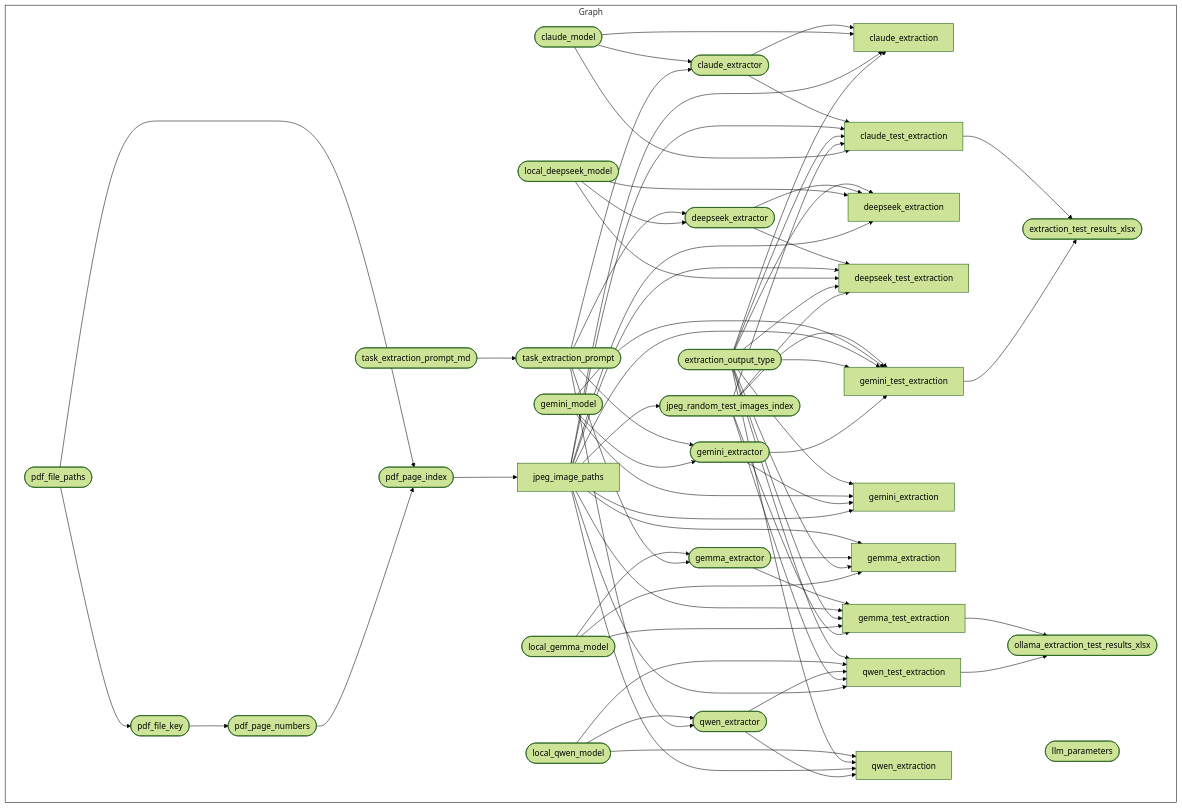
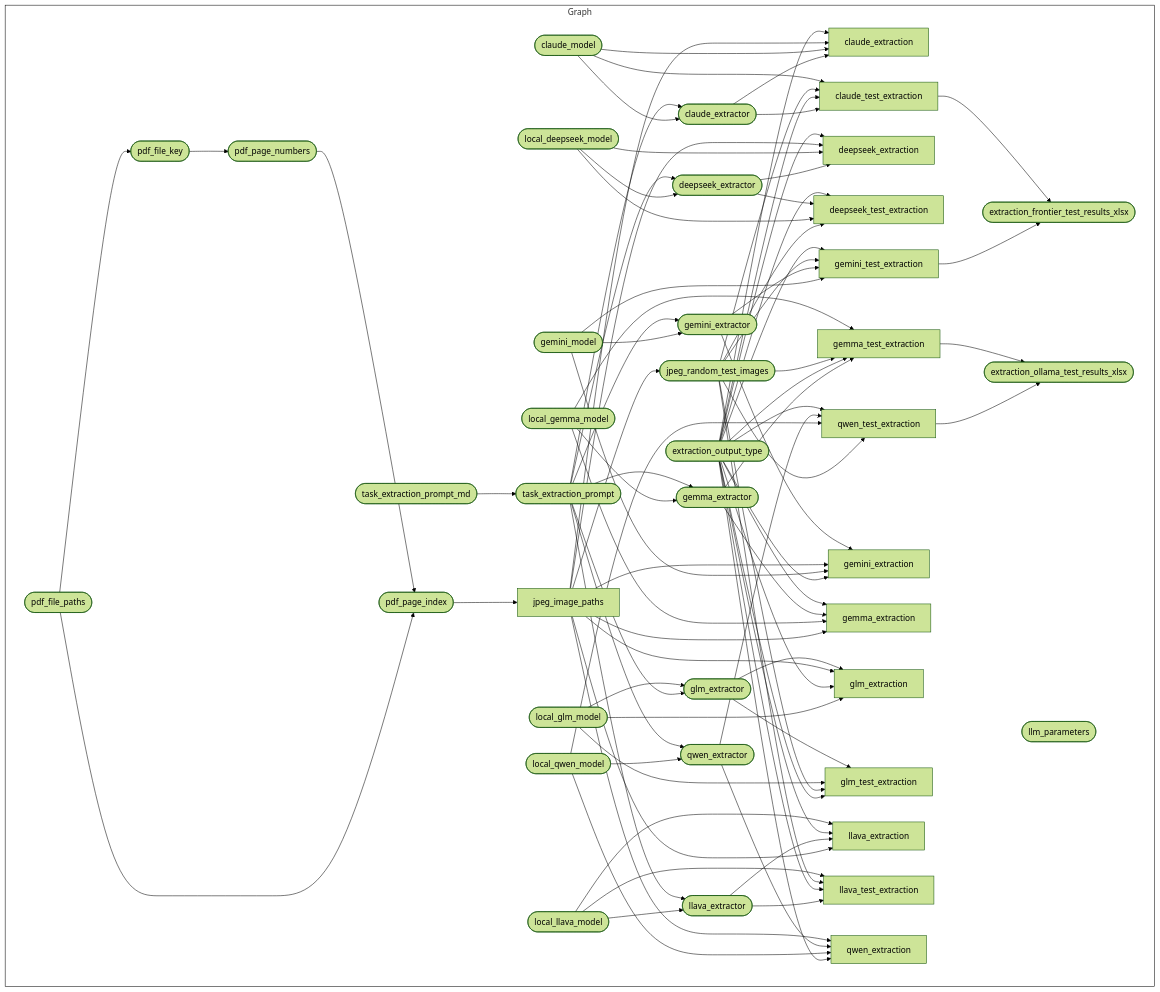
The diagram in README.md (OxfordIHTM/sc-mortality-data), drawn with Mermaid (forest theme) before and after one commit. The commit also changed 2 other files, not shown here.

Commit message:
add glm and llava models

```diff
--- a/README.md
+++ b/README.md
@@ -226,65 +226,80 @@
     x487a49d42720222c(["extraction_output_type"]):::skipped --> xbf558aaf2fd08c0e["claude_extraction"]:::queued
     x39d4d013227f0dc3(["claude_model"]):::skipped --> x35a7fe2b14fea884(["claude_extractor"]):::skipped
     xb325834072af39dd(["task_extraction_prompt"]):::skipped --> x35a7fe2b14fea884(["claude_extractor"]):::skipped
-    x35a7fe2b14fea884(["claude_extractor"]):::skipped --> x81a0ed3eae4cab62["claude_test_extraction"]:::skipped
-    x356f375d5695a155["jpeg_image_paths"]:::skipped --> x81a0ed3eae4cab62["claude_test_extraction"]:::skipped
-    x487a49d42720222c(["extraction_output_type"]):::skipped --> x81a0ed3eae4cab62["claude_test_extraction"]:::skipped
-    x5dd88689b0601faa(["jpeg_random_test_images_index"]):::queued --> x81a0ed3eae4cab62["claude_test_extraction"]:::skipped
-    x39d4d013227f0dc3(["claude_model"]):::skipped --> x81a0ed3eae4cab62["claude_test_extraction"]:::skipped
-    x487a49d42720222c(["extraction_output_type"]):::skipped --> xb9f66fc85a4f1ea1["deepseek_extraction"]:::queued
+    x35a7fe2b14fea884(["claude_extractor"]):::skipped --> x81a0ed3eae4cab62["claude_test_extraction"]:::completed
+    x487a49d42720222c(["extraction_output_type"]):::skipped --> x81a0ed3eae4cab62["claude_test_extraction"]:::completed
+    xd89fbb4a2ff13c8f(["jpeg_random_test_images"]):::completed --> x81a0ed3eae4cab62["claude_test_extraction"]:::completed
+    x39d4d013227f0dc3(["claude_model"]):::skipped --> x81a0ed3eae4cab62["claude_test_extraction"]:::completed
     xf407d53739ed0632(["deepseek_extractor"]):::queued --> xb9f66fc85a4f1ea1["deepseek_extraction"]:::queued
     xb957a37aad5b67c5(["local_deepseek_model"]):::queued --> xb9f66fc85a4f1ea1["deepseek_extraction"]:::queued
     x356f375d5695a155["jpeg_image_paths"]:::skipped --> xb9f66fc85a4f1ea1["deepseek_extraction"]:::queued
+    x487a49d42720222c(["extraction_output_type"]):::skipped --> xb9f66fc85a4f1ea1["deepseek_extraction"]:::queued
+    xb957a37aad5b67c5(["local_deepseek_model"]):::queued --> xf407d53739ed0632(["deepseek_extractor"]):::queued
     xb325834072af39dd(["task_extraction_prompt"]):::skipped --> xf407d53739ed0632(["deepseek_extractor"]):::queued
-    xb957a37aad5b67c5(["local_deepseek_model"]):::queued --> xf407d53739ed0632(["deepseek_extractor"]):::queued
+    xd89fbb4a2ff13c8f(["jpeg_random_test_images"]):::completed --> xe59d676cc895fc8f["deepseek_test_extraction"]:::queued
+    xb957a37aad5b67c5(["local_deepseek_model"]):::queued --> xe59d676cc895fc8f["deepseek_test_extraction"]:::queued
     xf407d53739ed0632(["deepseek_extractor"]):::queued --> xe59d676cc895fc8f["deepseek_test_extraction"]:::queued
-    x356f375d5695a155["jpeg_image_paths"]:::skipped --> xe59d676cc895fc8f["deepseek_test_extraction"]:::queued
-    xb957a37aad5b67c5(["local_deepseek_model"]):::queued --> xe59d676cc895fc8f["deepseek_test_extraction"]:::queued
     x487a49d42720222c(["extraction_output_type"]):::skipped --> xe59d676cc895fc8f["deepseek_test_extraction"]:::queued
-    x5dd88689b0601faa(["jpeg_random_test_images_index"]):::queued --> xe59d676cc895fc8f["deepseek_test_extraction"]:::queued
-    x81a0ed3eae4cab62["claude_test_extraction"]:::skipped --> x589437b8e31a1199(["extraction_test_results_xlsx"]):::completed
-    x0e93587b522df940["gemini_test_extraction"]:::skipped --> x589437b8e31a1199(["extraction_test_results_xlsx"]):::completed
+    x0e93587b522df940["gemini_test_extraction"]:::completed --> x561ce6c854132243(["extraction_frontier_test_results_xlsx"]):::completed
+    x81a0ed3eae4cab62["claude_test_extraction"]:::completed --> x561ce6c854132243(["extraction_frontier_test_results_xlsx"]):::completed
+    xd726feef05e5de04["qwen_test_extraction"]:::queued --> x62ea01978af452ed(["extraction_ollama_test_results_xlsx"]):::queued
+    x883eafa12b623704["gemma_test_extraction"]:::queued --> x62ea01978af452ed(["extraction_ollama_test_results_xlsx"]):::queued
     x487a49d42720222c(["extraction_output_type"]):::skipped --> xd63226de7dd05e61["gemini_extraction"]:::queued
     x672b0658cd7f304b(["gemini_model"]):::skipped --> xd63226de7dd05e61["gemini_extraction"]:::queued
+    x356f375d5695a155["jpeg_image_paths"]:::skipped --> xd63226de7dd05e61["gemini_extraction"]:::queued
     x8cb7c7e0b9710ea2(["gemini_extractor"]):::skipped --> xd63226de7dd05e61["gemini_extraction"]:::queued
-    x356f375d5695a155["jpeg_image_paths"]:::skipped --> xd63226de7dd05e61["gemini_extraction"]:::queued
+    x672b0658cd7f304b(["gemini_model"]):::skipped --> x8cb7c7e0b9710ea2(["gemini_extractor"]):::skipped
     xb325834072af39dd(["task_extraction_prompt"]):::skipped --> x8cb7c7e0b9710ea2(["gemini_extractor"]):::skipped
-    x672b0658cd7f304b(["gemini_model"]):::skipped --> x8cb7c7e0b9710ea2(["gemini_extractor"]):::skipped
-    x5dd88689b0601faa(["jpeg_random_test_images_index"]):::queued --> x0e93587b522df940["gemini_test_extraction"]:::skipped
-    x672b0658cd7f304b(["gemini_model"]):::skipped --> x0e93587b522df940["gemini_test_extraction"]:::skipped
-    x356f375d5695a155["jpeg_image_paths"]:::skipped --> x0e93587b522df940["gemini_test_extraction"]:::skipped
-    x487a49d42720222c(["extraction_output_type"]):::skipped --> x0e93587b522df940["gemini_test_extraction"]:::skipped
-    x8cb7c7e0b9710ea2(["gemini_extractor"]):::skipped --> x0e93587b522df940["gemini_test_extraction"]:::skipped
+    x672b0658cd7f304b(["gemini_model"]):::skipped --> x0e93587b522df940["gemini_test_extraction"]:::completed
+    x8cb7c7e0b9710ea2(["gemini_extractor"]):::skipped --> x0e93587b522df940["gemini_test_extraction"]:::completed
+    xd89fbb4a2ff13c8f(["jpeg_random_test_images"]):::completed --> x0e93587b522df940["gemini_test_extraction"]:::completed
+    x487a49d42720222c(["extraction_output_type"]):::skipped --> x0e93587b522df940["gemini_test_extraction"]:::completed
     x356f375d5695a155["jpeg_image_paths"]:::skipped --> x2f31c96882d08d36["gemma_extraction"]:::queued
+    xba597cd142706396(["local_gemma_model"]):::queued --> x2f31c96882d08d36["gemma_extraction"]:::queued
     xbdacf1efe57d11ba(["gemma_extractor"]):::queued --> x2f31c96882d08d36["gemma_extraction"]:::queued
     x487a49d42720222c(["extraction_output_type"]):::skipped --> x2f31c96882d08d36["gemma_extraction"]:::queued
-    xba597cd142706396(["local_gemma_model"]):::queued --> x2f31c96882d08d36["gemma_extraction"]:::queued
     xba597cd142706396(["local_gemma_model"]):::queued --> xbdacf1efe57d11ba(["gemma_extractor"]):::queued
     xb325834072af39dd(["task_extraction_prompt"]):::skipped --> xbdacf1efe57d11ba(["gemma_extractor"]):::queued
     xbdacf1efe57d11ba(["gemma_extractor"]):::queued --> x883eafa12b623704["gemma_test_extraction"]:::queued
-    x356f375d5695a155["jpeg_image_paths"]:::skipped --> x883eafa12b623704["gemma_test_extraction"]:::queued
     x487a49d42720222c(["extraction_output_type"]):::skipped --> x883eafa12b623704["gemma_test_extraction"]:::queued
+    xd89fbb4a2ff13c8f(["jpeg_random_test_images"]):::completed --> x883eafa12b623704["gemma_test_extraction"]:::queued
     xba597cd142706396(["local_gemma_model"]):::queued --> x883eafa12b623704["gemma_test_extraction"]:::queued
-    x5dd88689b0601faa(["jpeg_random_test_images_index"]):::queued --> x883eafa12b623704["gemma_test_extraction"]:::queued
+    x4d89d139c5b326de(["local_glm_model"]):::queued --> x16d463649734b662["glm_extraction"]:::queued
+    x487a49d42720222c(["extraction_output_type"]):::skipped --> x16d463649734b662["glm_extraction"]:::queued
+    x356f375d5695a155["jpeg_image_paths"]:::skipped --> x16d463649734b662["glm_extraction"]:::queued
+    x86c1ea9adbe526ba(["glm_extractor"]):::queued --> x16d463649734b662["glm_extraction"]:::queued
+    xb325834072af39dd(["task_extraction_prompt"]):::skipped --> x86c1ea9adbe526ba(["glm_extractor"]):::queued
+    x4d89d139c5b326de(["local_glm_model"]):::queued --> x86c1ea9adbe526ba(["glm_extractor"]):::queued
+    x487a49d42720222c(["extraction_output_type"]):::skipped --> x18f94be61c65c2fd["glm_test_extraction"]:::queued
+    xd89fbb4a2ff13c8f(["jpeg_random_test_images"]):::completed --> x18f94be61c65c2fd["glm_test_extraction"]:::queued
+    x4d89d139c5b326de(["local_glm_model"]):::queued --> x18f94be61c65c2fd["glm_test_extraction"]:::queued
+    x86c1ea9adbe526ba(["glm_extractor"]):::queued --> x18f94be61c65c2fd["glm_test_extraction"]:::queued
     xe30d250b58d472b9(["pdf_page_index"]):::skipped --> x356f375d5695a155["jpeg_image_paths"]:::skipped
-    x356f375d5695a155["jpeg_image_paths"]:::skipped --> x5dd88689b0601faa(["jpeg_random_test_images_index"]):::queued
-    x883eafa12b623704["gemma_test_extraction"]:::queued --> xef540feb84851536(["ollama_extraction_test_results_xlsx"]):::queued
-    xd726feef05e5de04["qwen_test_extraction"]:::queued --> xef540feb84851536(["ollama_extraction_test_results_xlsx"]):::queued
+    x356f375d5695a155["jpeg_image_paths"]:::skipped --> xd89fbb4a2ff13c8f(["jpeg_random_test_images"]):::completed
+    x356f375d5695a155["jpeg_image_paths"]:::skipped --> x7d2a167978f3a966["llava_extraction"]:::queued
+    x0de051b4924b82bb(["llava_extractor"]):::queued --> x7d2a167978f3a966["llava_extraction"]:::queued
+    x487a49d42720222c(["extraction_output_type"]):::skipped --> x7d2a167978f3a966["llava_extraction"]:::queued
+    x0621d4c5bb5ff06b(["local_llava_model"]):::queued --> x7d2a167978f3a966["llava_extraction"]:::queued
+    x0621d4c5bb5ff06b(["local_llava_model"]):::queued --> x0de051b4924b82bb(["llava_extractor"]):::queued
+    xb325834072af39dd(["task_extraction_prompt"]):::skipped --> x0de051b4924b82bb(["llava_extractor"]):::queued
+    x0de051b4924b82bb(["llava_extractor"]):::queued --> x9b13583cb72b43c0["llava_test_extraction"]:::queued
+    x487a49d42720222c(["extraction_output_type"]):::skipped --> x9b13583cb72b43c0["llava_test_extraction"]:::queued
+    xd89fbb4a2ff13c8f(["jpeg_random_test_images"]):::completed --> x9b13583cb72b43c0["llava_test_extraction"]:::queued
+    x0621d4c5bb5ff06b(["local_llava_model"]):::queued --> x9b13583cb72b43c0["llava_test_extraction"]:::queued
     x93a61fdd58bab193(["pdf_file_paths"]):::skipped --> x93d7cb5e868222a3(["pdf_file_key"]):::skipped
     x93a61fdd58bab193(["pdf_file_paths"]):::skipped --> xe30d250b58d472b9(["pdf_page_index"]):::skipped
     xae7c35ce3ebe6878(["pdf_page_numbers"]):::skipped --> xe30d250b58d472b9(["pdf_page_index"]):::skipped
     x93d7cb5e868222a3(["pdf_file_key"]):::skipped --> xae7c35ce3ebe6878(["pdf_page_numbers"]):::skipped
+    x487a49d42720222c(["extraction_output_type"]):::skipped --> x5548d9f90749db86["qwen_extraction"]:::queued
     x01ce8cbced893885(["local_qwen_model"]):::queued --> x5548d9f90749db86["qwen_extraction"]:::queued
-    x487a49d42720222c(["extraction_output_type"]):::skipped --> x5548d9f90749db86["qwen_extraction"]:::queued
+    x15a3fb4d9a651239(["qwen_extractor"]):::queued --> x5548d9f90749db86["qwen_extraction"]:::queued
     x356f375d5695a155["jpeg_image_paths"]:::skipped --> x5548d9f90749db86["qwen_extraction"]:::queued
-    x15a3fb4d9a651239(["qwen_extractor"]):::queued --> x5548d9f90749db86["qwen_extraction"]:::queued
     x01ce8cbced893885(["local_qwen_model"]):::queued --> x15a3fb4d9a651239(["qwen_extractor"]):::queued
     xb325834072af39dd(["task_extraction_prompt"]):::skipped --> x15a3fb4d9a651239(["qwen_extractor"]):::queued
-    x487a49d42720222c(["extraction_output_type"]):::skipped --> xd726feef05e5de04["qwen_test_extraction"]:::queued
+    xd89fbb4a2ff13c8f(["jpeg_random_test_images"]):::completed --> xd726feef05e5de04["qwen_test_extraction"]:::queued
     x01ce8cbced893885(["local_qwen_model"]):::queued --> xd726feef05e5de04["qwen_test_extraction"]:::queued
     x15a3fb4d9a651239(["qwen_extractor"]):::queued --> xd726feef05e5de04["qwen_test_extraction"]:::queued
-    x5dd88689b0601faa(["jpeg_random_test_images_index"]):::queued --> xd726feef05e5de04["qwen_test_extraction"]:::queued
-    x356f375d5695a155["jpeg_image_paths"]:::skipped --> xd726feef05e5de04["qwen_test_extraction"]:::queued
+    x487a49d42720222c(["extraction_output_type"]):::skipped --> xd726feef05e5de04["qwen_test_extraction"]:::queued
     x1cd67464342adf29(["task_extraction_prompt_md"]):::completed --> xb325834072af39dd(["task_extraction_prompt"]):::skipped
     xa87a62a227d5e627(["llm_parameters"]):::queued
   end
```
